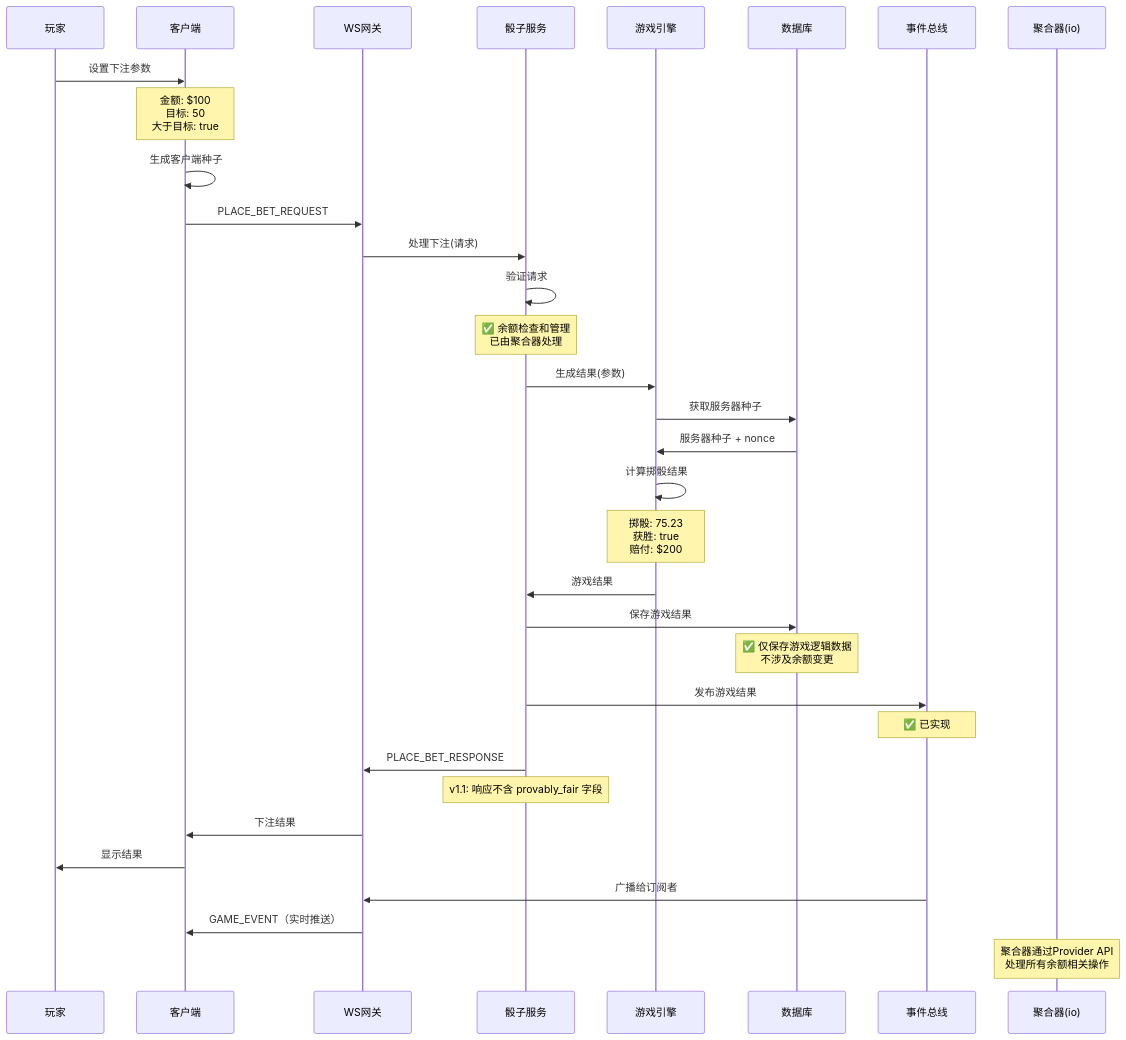
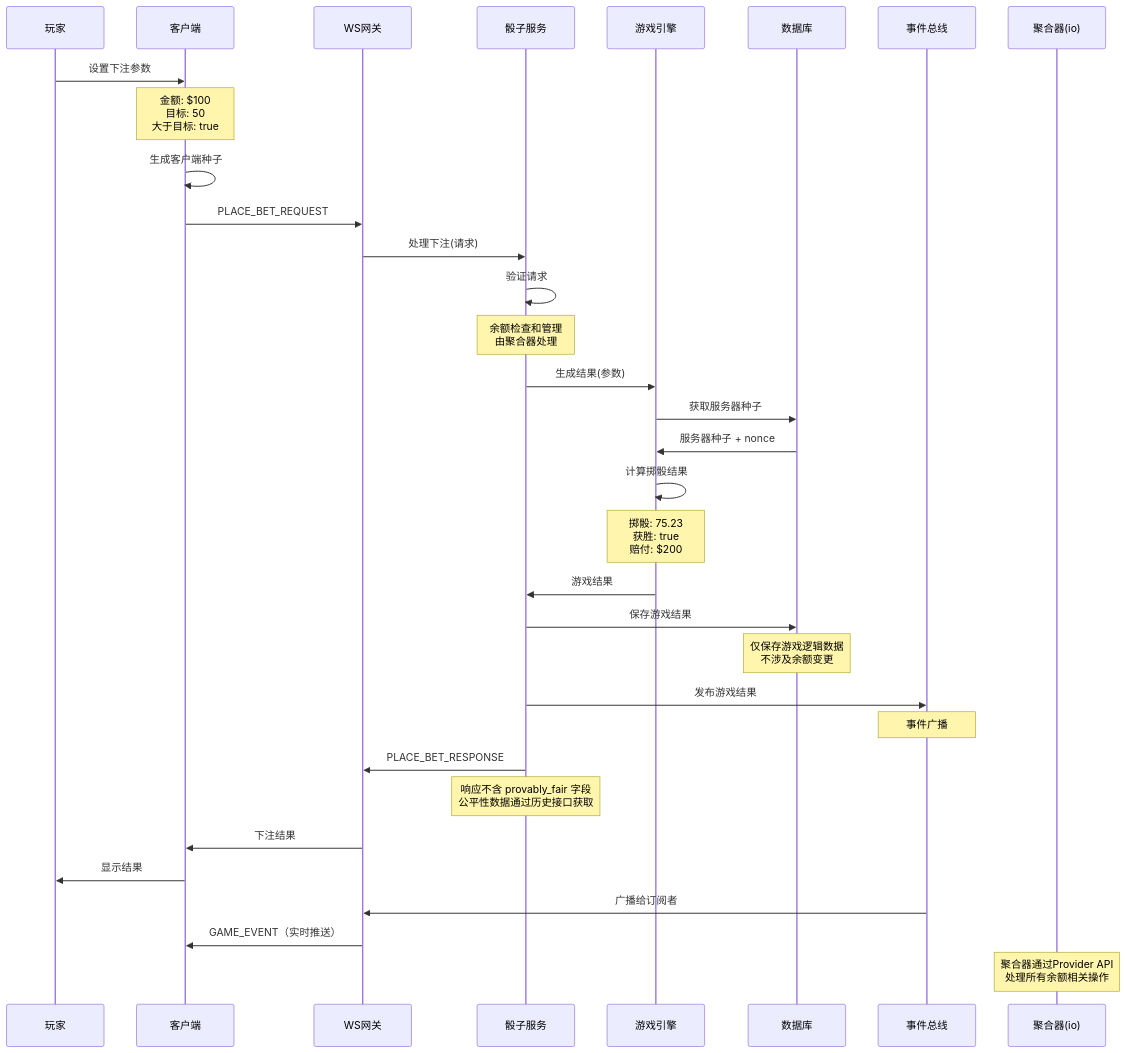
Before and after one commit to infigaming-com/invoker-gh-pages: the fourth of 32 diagrams in sequence-diagrams-zh.md, drawn with Mermaid. The commit also changed other lines of this file and 3 other files, not shown here.

````diff
--- a/sequence-diagrams-zh.md
+++ b/sequence-diagrams-zh.md
@@ -182,46 +182,46 @@
 ```mermaid
 sequenceDiagram
     participant Player as 玩家
     participant Client as 客户端
     participant WSGateway as WS网关
     participant DiceService as 骰子服务
     participant GameEngine as 游戏引擎
     participant Database as 数据库
     participant EventBus as 事件总线
     participant Aggregator as 聚合器(io)
 
     Player->>Client: 设置下注参数
     Note over Client: 金额: $100<br/>目标: 50<br/>大于目标: true
     
     Client->>Client: 生成客户端种子
     Client->>WSGateway: PLACE_BET_REQUEST
     
     WSGateway->>DiceService: 处理下注(请求)
     
     DiceService->>DiceService: 验证请求
-    Note over DiceService: ✅ 余额检查和管理<br/>已由聚合器处理
+    Note over DiceService: 余额检查和管理<br/>由聚合器处理
     
     DiceService->>GameEngine: 生成结果(参数)
     GameEngine->>Database: 获取服务器种子
     Database->>GameEngine: 服务器种子 + nonce
     GameEngine->>GameEngine: 计算掷骰结果
     Note over GameEngine: 掷骰: 75.23<br/>获胜: true<br/>赔付: $200
     
     GameEngine->>DiceService: 游戏结果
     
     DiceService->>Database: 保存游戏结果
-    Note over Database: ✅ 仅保存游戏逻辑数据<br/>不涉及余额变更
+    Note over Database: 仅保存游戏逻辑数据<br/>不涉及余额变更
     
     DiceService->>EventBus: 发布游戏结果
-    Note over EventBus: ✅ 已实现
+    Note over EventBus: 事件广播
     
     DiceService->>WSGateway: PLACE_BET_RESPONSE
-    Note over DiceService: v1.1: 响应不含 provably_fair 字段
+    Note over DiceService: 响应不含 provably_fair 字段<br/>公平性数据通过历史接口获取
     WSGateway->>Client: 下注结果
     Client->>Player: 显示结果
     
     EventBus->>WSGateway: 广播给订阅者
     WSGateway->>Client: GAME_EVENT（实时推送）
 
     Note over Aggregator: 聚合器通过Provider API<br/>处理所有余额相关操作
 ```
````
